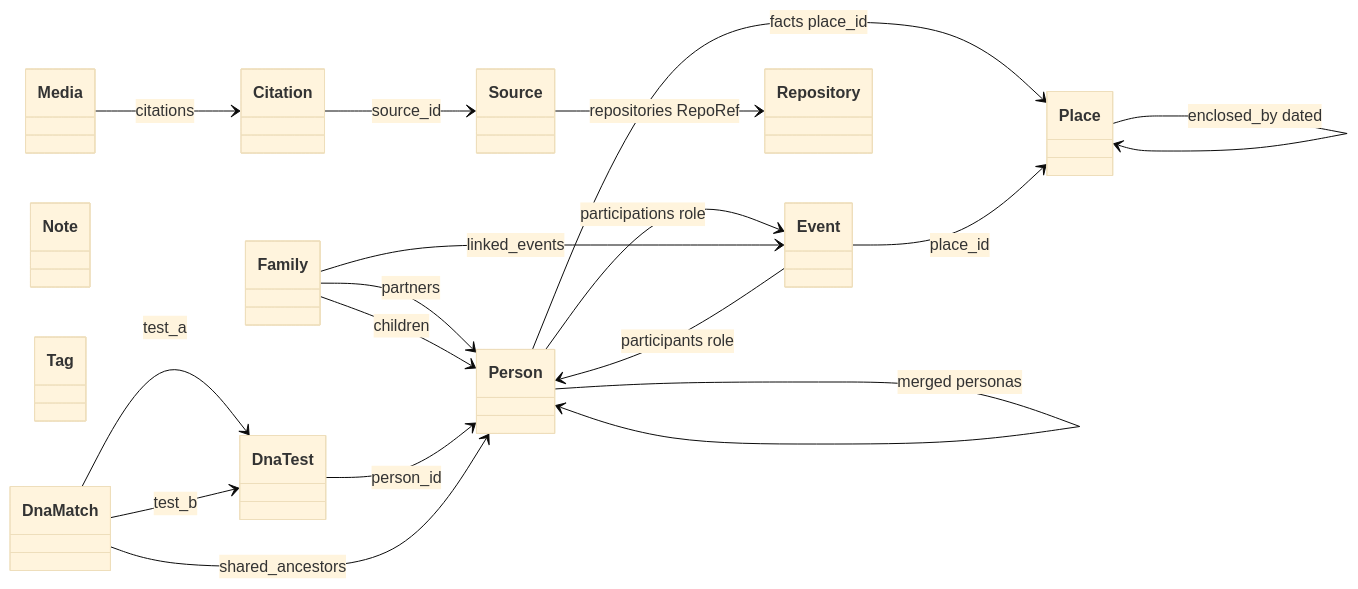
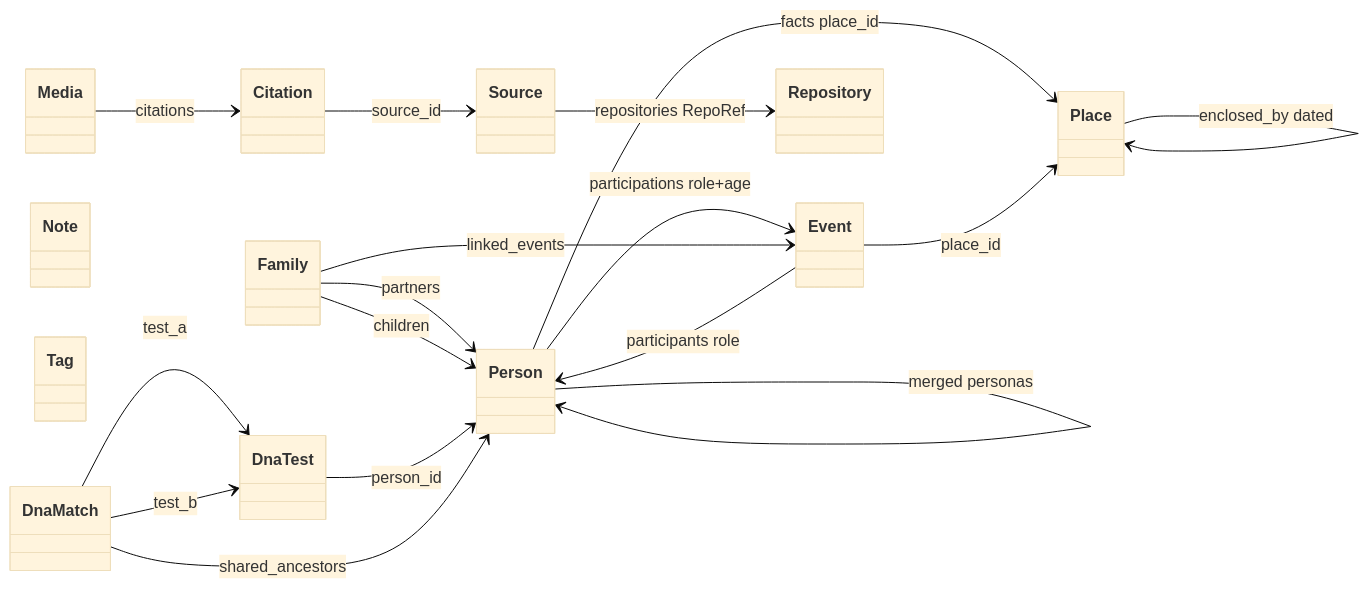
Before and after one commit to magne/vitni: the first of 7 diagrams in docs/data-model-diagram.md, drawn with Mermaid (base theme). The commit also changed other lines of this file and 3 other files, not shown here.

````diff
--- a/docs/data-model-diagram.md
+++ b/docs/data-model-diagram.md
@@ -39,35 +39,35 @@
 ```mermaid
 classDiagram
     direction LR
 
     class Person
     class Family
     class Event
     class Place
     class Source
     class Citation
     class Repository
     class Media
     class Note
     class Tag
     class DnaTest
     class DnaMatch
 
-    Person --> Event : participations role
+    Person --> Event : participations role+age
     Event --> Person : participants role
     Person --> Person : associations
     Person --> Person : merged personas
     Person --> Place : facts place_id
     Family --> Person : partners
     Family --> Person : children
     Family --> Event : linked_events
     Event --> Place : place_id
     Place --> Place : enclosed_by dated
     Citation --> Source : source_id
     Source --> Repository : repositories RepoRef
     Media --> Citation : citations
     DnaTest --> Person : person_id
     DnaMatch --> DnaTest : test_a
     DnaMatch --> DnaTest : test_b
     DnaMatch --> Person : shared_ancestors
 ```
````
